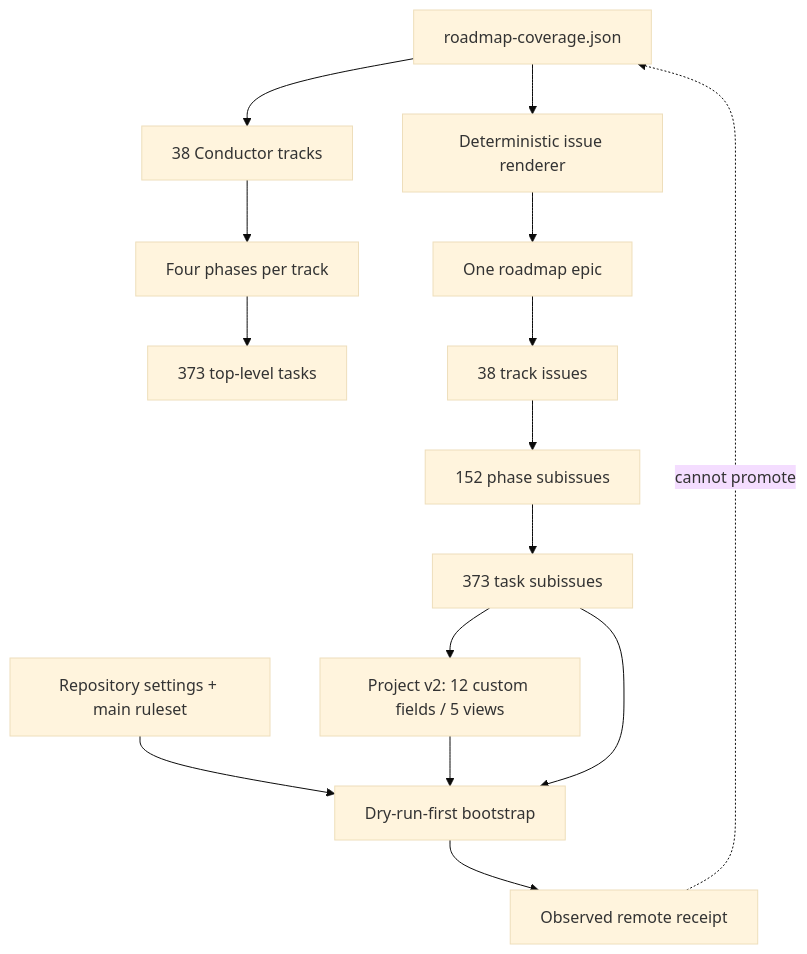
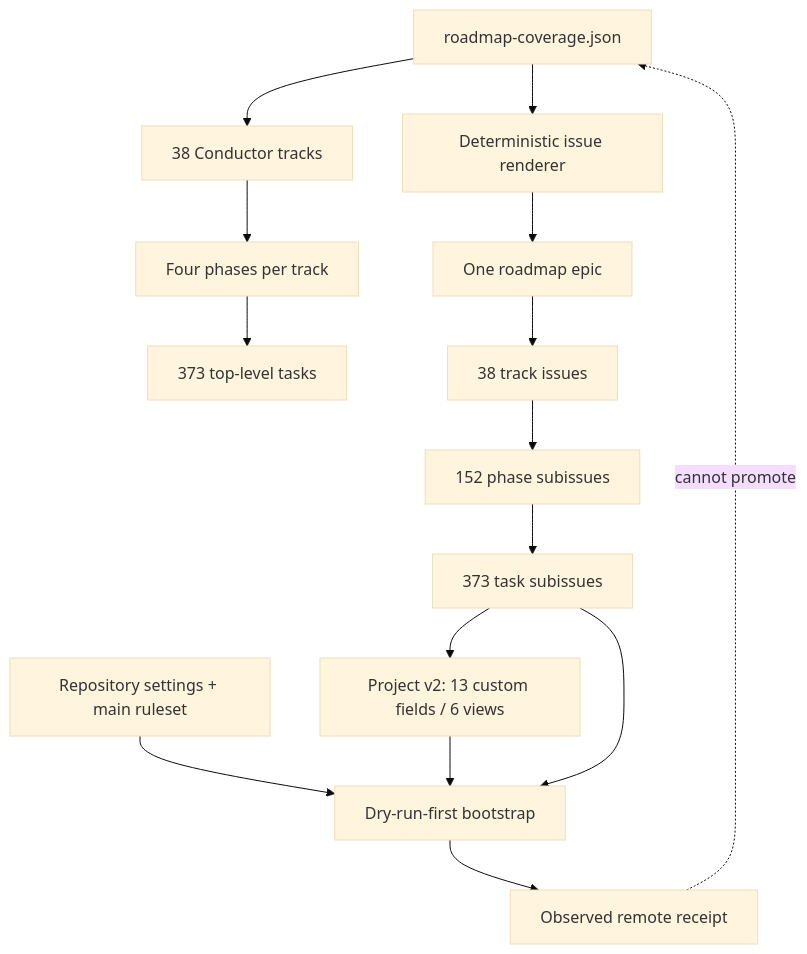
The seventh of 9 diagrams in conductor/design.md (edithatogo/searchright), drawn with Mermaid (base theme) before and after one commit. The commit also changed 451 other files, not shown here.

````diff
--- a/conductor/design.md
+++ b/conductor/design.md
@@ -147,17 +147,17 @@
 ```mermaid
 flowchart TB
   COV[roadmap-coverage.json] --> TRACKS[38 Conductor tracks]
   TRACKS --> PLANS[Four phases per track]
   PLANS --> TASKS[373 top-level tasks]
   COV --> RENDER[Deterministic issue renderer]
   RENDER --> EPIC[One roadmap epic]
   EPIC --> ISSUES[38 track issues]
   ISSUES --> PHASES[152 phase subissues]
   PHASES --> TSUB[373 task subissues]
-  TSUB --> PROJECT[Project v2: 12 custom fields / 5 views]
+  TSUB --> PROJECT[Project v2: 13 custom fields / 6 views]
   SETTINGS[Repository settings + main ruleset] --> BOOT[Dry-run-first bootstrap]
   PROJECT --> BOOT
   TSUB --> BOOT
   BOOT --> RECEIPT[Observed remote receipt]
   RECEIPT -. cannot promote .-> COV
 ```
````
